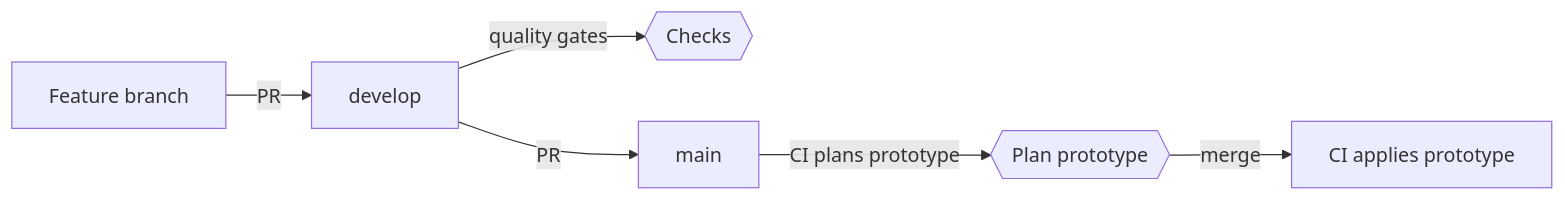
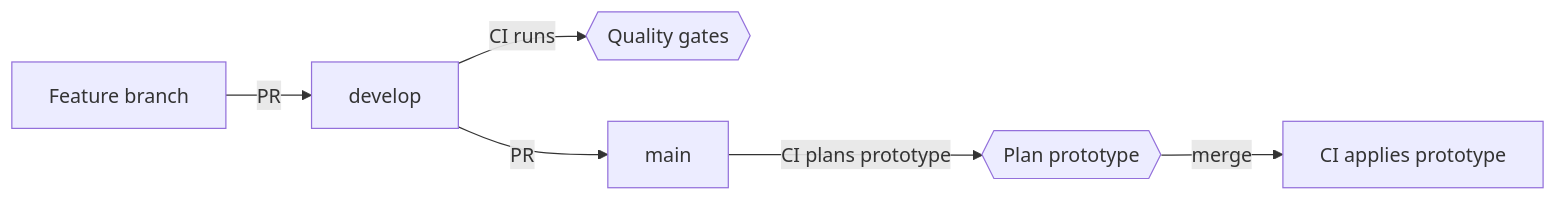
Before and after one commit to gafnts/factored-hackathon-2026-gafnts: the diagram in CONTRIBUTING.md, drawn with Mermaid. The commit also changed 2 other files, not shown here.

Commit message:
Rename the checks workflow to quality-gates

````diff
--- a/CONTRIBUTING.md
+++ b/CONTRIBUTING.md
@@ -59,9 +59,9 @@
 ```mermaid
 flowchart LR
     feature[Feature branch] -->|PR| develop[develop]
-    develop -->|quality gates| checks{{Checks}}
+    develop -->|CI runs| qualityGates{{Quality gates}}
 
     develop -->|PR| main[main]
     main -->|CI plans prototype| planPrototype{{Plan prototype}}
     planPrototype -->|merge| applyPrototype[CI applies prototype]
 ```
````
